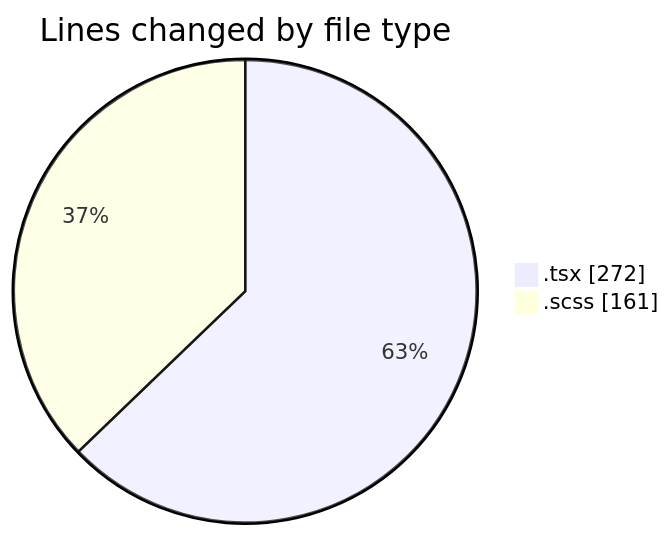
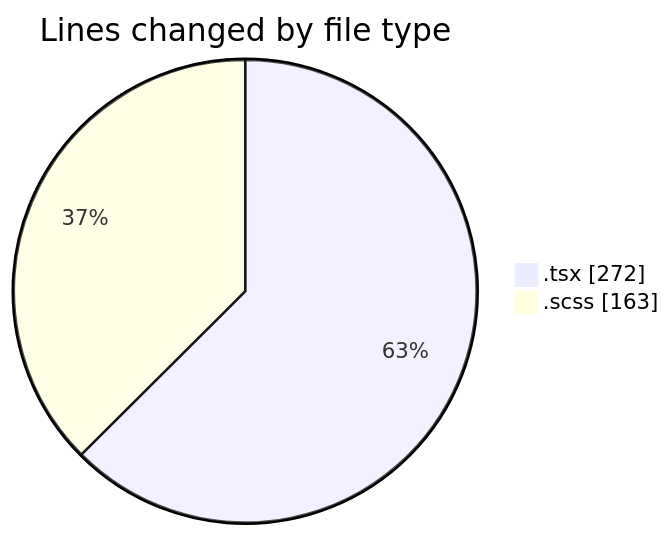
Before and after one commit to momahboobian/code-tracking: the first of 2 diagrams in 2025-09-16/cda/README.md, drawn with Mermaid. The commit also changed other lines of this file and 1 other file, not shown here.

````diff
--- a/2025-09-16/cda/README.md
+++ b/2025-09-16/cda/README.md
@@ -22,6 +22,6 @@
 ```mermaid
 pie showData
 title Lines changed by file type
 ".tsx" : 272
-".scss" : 161
+".scss" : 163
 ```
````
